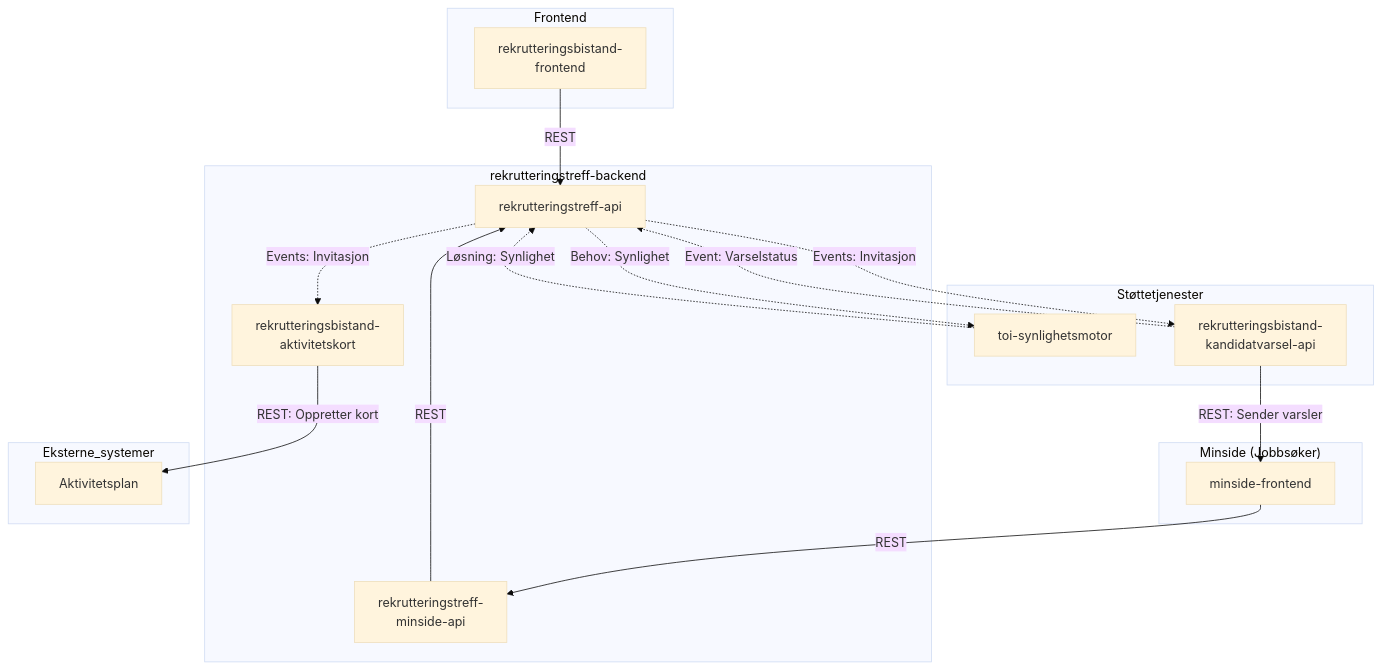
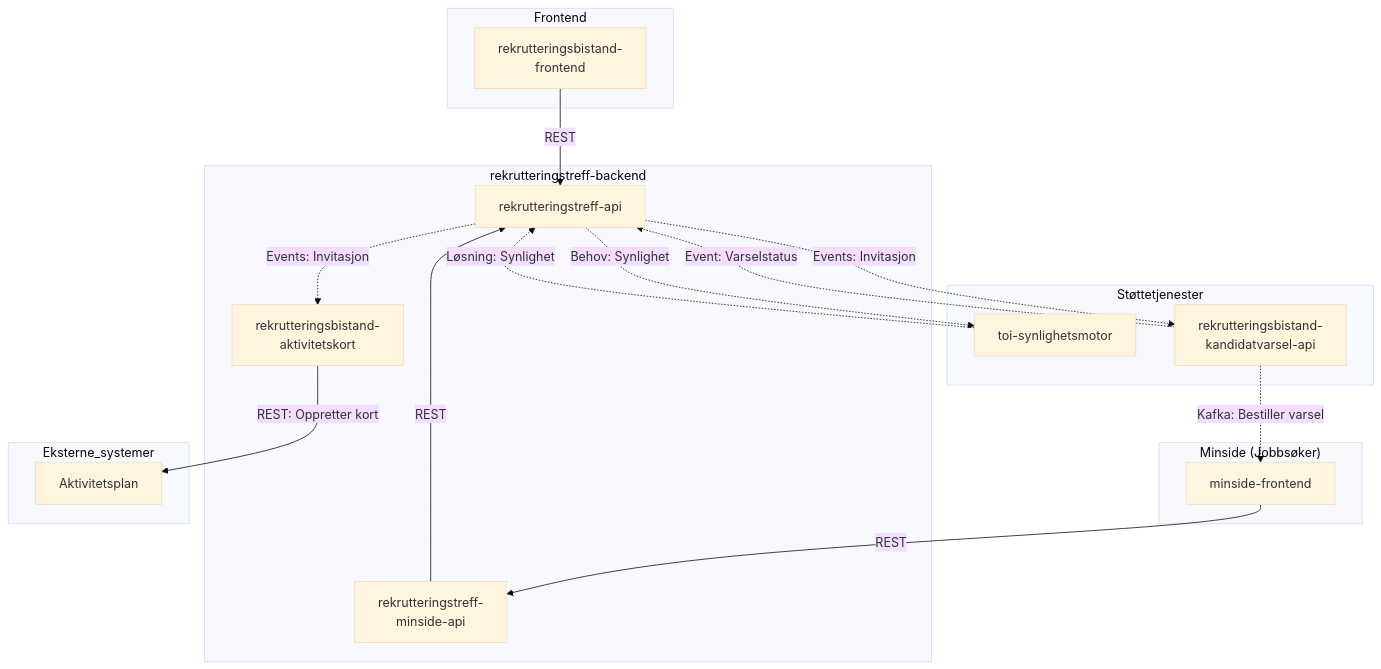
The diagram in docs/1-oversikt/oversikt.md (navikt/rekrutteringstreff-backend), drawn with Mermaid (base theme) before and after one commit.

Commit message:
oppdaterte oversikten

````diff
--- a/docs/1-oversikt/oversikt.md
+++ b/docs/1-oversikt/oversikt.md
@@ -17,41 +17,41 @@
 ```mermaid
 graph TD
     subgraph Frontend
         RBF[rekrutteringsbistand-<br/>frontend]
     end
 
     subgraph "Minside (Jobbsøker)"
         MINSIDE_FE[minside-frontend]
     end
 
     subgraph "rekrutteringstreff-backend"
         API[rekrutteringstreff-api]
         MINSIDE_API[rekrutteringstreff-<br/>minside-api]
         AK[rekrutteringsbistand-<br/>aktivitetskort]
     end
 
     subgraph Støttetjenester
         SYN[toi-synlighetsmotor]
         VARSEL[rekrutteringsbistand-<br/>kandidatvarsel-api]
     end
 
     subgraph Eksterne_systemer
         AKTIVITET[Aktivitetsplan]
     end
 
     %% Kommunikasjon (REST)
     RBF -->|REST| API
     MINSIDE_FE -->|REST| MINSIDE_API
     MINSIDE_API -->|REST| API
-    VARSEL -->|REST: Sender varsler| MINSIDE_FE
     AK -->|REST: Oppretter kort| AKTIVITET
 
     %% Kafka-flyt (Rapids & Rivers)
     %% Stiplet linje indikerer asynkron kommunikasjon via Kafka
     API -.->|Events: Invitasjon| AK
     API -.->|Events: Invitasjon| VARSEL
     API -.->|Behov: Synlighet| SYN
+    VARSEL -.->|Kafka: Bestiller varsel| MINSIDE_FE
 
     SYN -.->|Løsning: Synlighet| API
     VARSEL -.->|Event: Varselstatus| API
 ```
````
